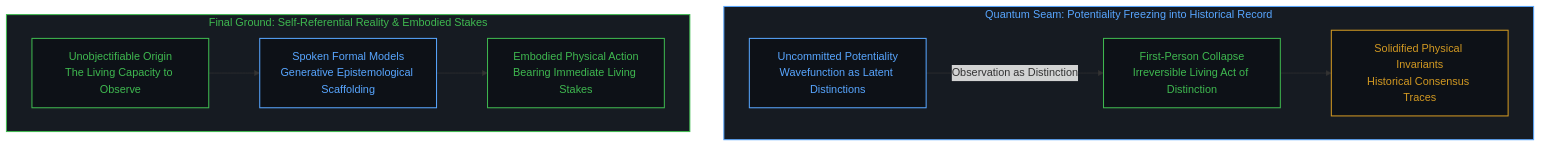
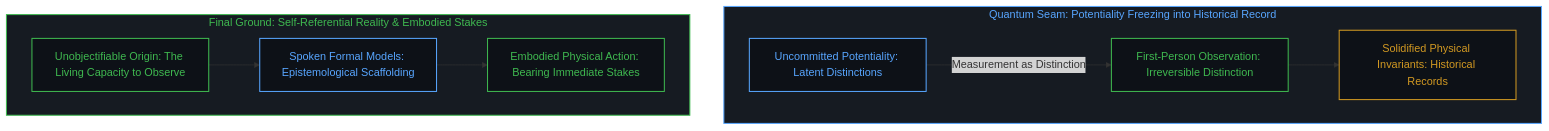
Before and after one commit to powerpig99/not-a-toe: the tenth of 10 diagrams in content/posts/all-that-can-be-spoken-is-the-product-of-the-unspeakable.md, drawn with Mermaid. The commit also changed other lines of this file and 8 other files, not shown here.

````diff
--- a/content/posts/all-that-can-be-spoken-is-the-product-of-the-unspeakable.md
+++ b/content/posts/all-that-can-be-spoken-is-the-product-of-the-unspeakable.md
@@ -285,25 +321,25 @@
 ```mermaid
 graph TD
     classDef default fill:#0d1117,stroke:#30363d,stroke-width:1px,color:#f0f6fc;
     classDef mind fill:#0d1117,stroke:#3fb950,stroke-width:1.5px,color:#3fb950;
     classDef failure fill:#0d1117,stroke:#f85149,stroke-width:1.5px,color:#f85149;
     classDef scaffold fill:#0d1117,stroke:#d29922,stroke-width:1.5px,color:#d29922;
     classDef model fill:#0d1117,stroke:#58a6ff,stroke-width:1.5px,color:#58a6ff;
 
     subgraph S_QuantumPhase_EN ["Quantum Seam: Potentiality Freezing into Historical Record"]
-        QE1["Uncommitted Potentiality<br/>Wavefunction as Latent Distinctions"]:::model
-        QE2["First-Person Collapse<br/>Irreversible Living Act of Distinction"]:::mind
-        QE3["Solidified Physical Invariants<br/>Historical Consensus Traces"]:::scaffold
-        QE1 -->|"Observation as Distinction"| QE2 --> QE3
+        QE1["Uncommitted Potentiality: Latent Distinctions"]:::model
+        QE2["First-Person Observation: Irreversible Distinction"]:::mind
+        QE3["Solidified Physical Invariants: Historical Records"]:::scaffold
+        QE1 -->|"Measurement as Distinction"| QE2 --> QE3
     end
 
     subgraph S_EmbodiedCausality_EN ["Final Ground: Self-Referential Reality & Embodied Stakes"]
-        CE1["Unobjectifiable Origin<br/>The Living Capacity to Observe"]:::mind
-        CE2["Spoken Formal Models<br/>Generative Epistemological Scaffolding"]:::model
-        CE3["Embodied Physical Action<br/>Bearing Immediate Living Stakes"]:::mind
+        CE1["Unobjectifiable Origin: The Living Capacity to Observe"]:::mind
+        CE2["Spoken Formal Models: Epistemological Scaffolding"]:::model
+        CE3["Embodied Physical Action: Bearing Immediate Stakes"]:::mind
         CE1 --> CE2 --> CE3
     end
 
     style S_QuantumPhase_EN fill:#161b22,stroke:#58a6ff,stroke-width:1.5px,color:#58a6ff
     style S_EmbodiedCausality_EN fill:#161b22,stroke:#3fb950,stroke-width:1.5px,color:#3fb950
 ```
````
